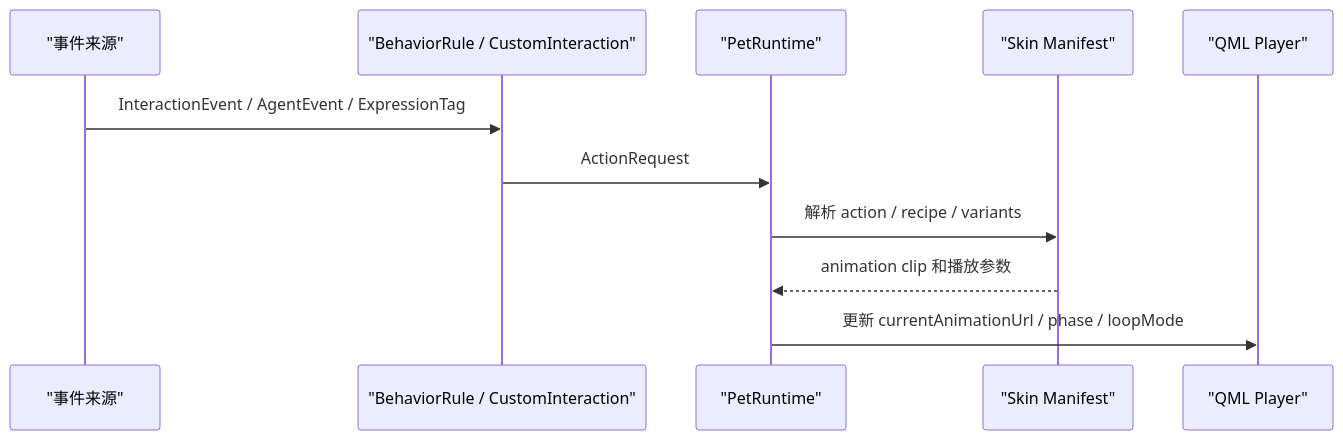
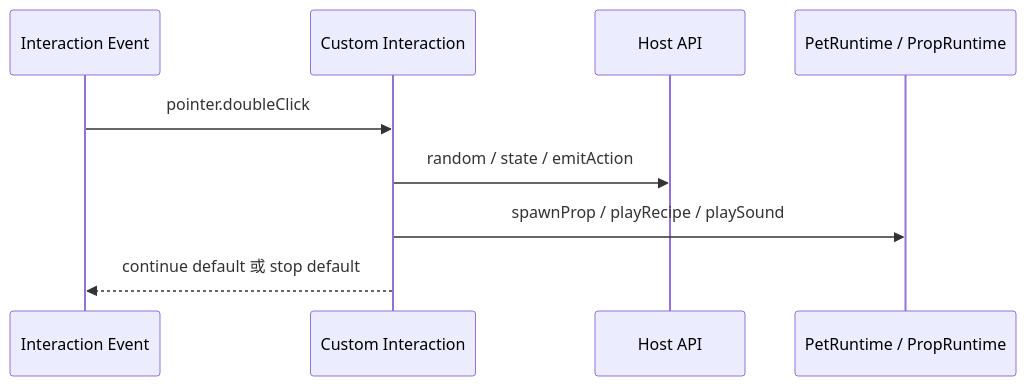
The fourth of 4 diagrams in docs/v2/设计方案/皮肤包播放行为设计.md (tiantian180/MilesEdgeworth), drawn with Mermaid before and after one commit. The commit also changed other lines of this file and 19 other files, not shown here.

````diff
--- a/docs/v2/设计方案/皮肤包播放行为设计.md
+++ b/docs/v2/设计方案/皮肤包播放行为设计.md
@@ -902,14 +350,12 @@
 ```mermaid
 sequenceDiagram
-    participant Source as "事件来源"
-    participant Rule as "BehaviorRule / CustomInteraction"
-    participant Runtime as "PetRuntime"
-    participant Skin as "Skin Manifest"
-    participant Player as "QML Player"
+    participant Event as Interaction Event
+    participant Handler as Custom Interaction
+    participant Host as Host API
+    participant Runtime as PetRuntime / PropRuntime
 
-    Source->>Rule: InteractionEvent / AgentEvent / ExpressionTag
-    Rule->>Runtime: ActionRequest
-    Runtime->>Skin: 解析 action / recipe / variants
-    Skin-->>Runtime: animation clip 和播放参数
-    Runtime->>Player: 更新 currentAnimationUrl / phase / loopMode
+    Event->>Handler: pointer.doubleClick
+    Handler->>Host: random / state / emitAction
+    Handler->>Runtime: spawnProp / playRecipe / playSound
+    Handler-->>Event: continue default 或 stop default
 ```
````
